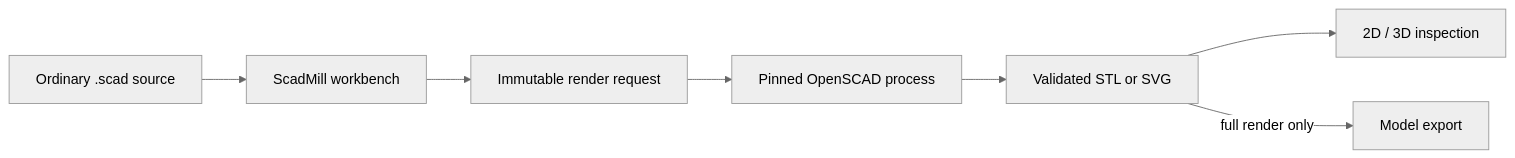
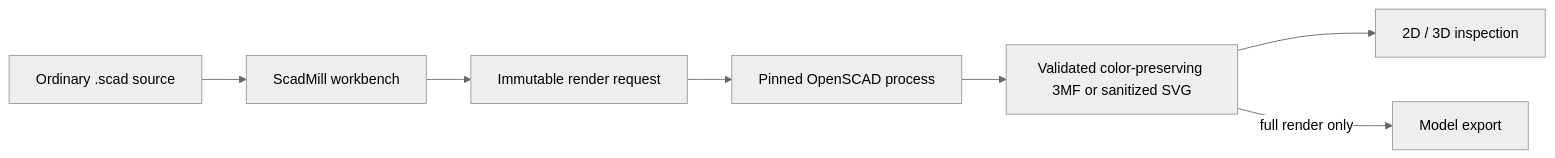
The first of 2 diagrams in README.md (scottconverse/scadmill), drawn with Mermaid (neutral theme) before and after one commit. The commit also changed other lines of this file and 23 other files, not shown here.

````diff
--- a/README.md
+++ b/README.md
@@ -66,9 +66,9 @@
 ```mermaid
 flowchart LR
     SOURCE["Ordinary .scad source"] --> WORKBENCH["ScadMill workbench"]
     WORKBENCH --> REQUEST["Immutable render request"]
     REQUEST --> ENGINE["Pinned OpenSCAD process"]
-    ENGINE --> GEOMETRY["Validated STL or SVG"]
+    ENGINE --> GEOMETRY["Validated color-preserving 3MF or sanitized SVG"]
     GEOMETRY --> VIEWER["2D / 3D inspection"]
     GEOMETRY -->|"full render only"| EXPORT["Model export"]
 ```
````
